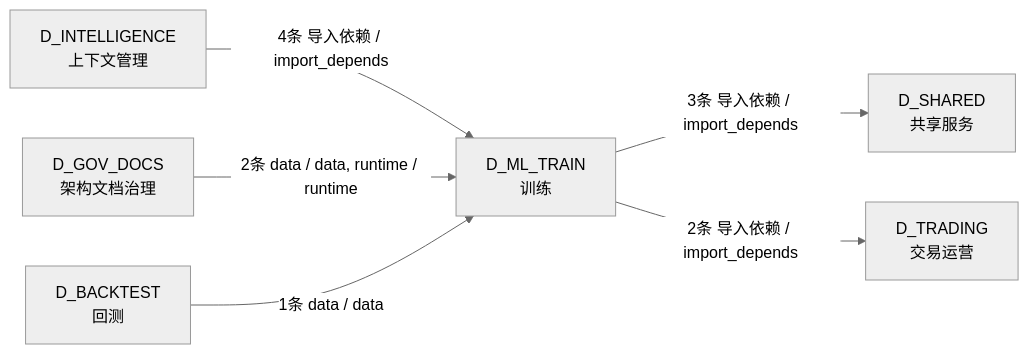
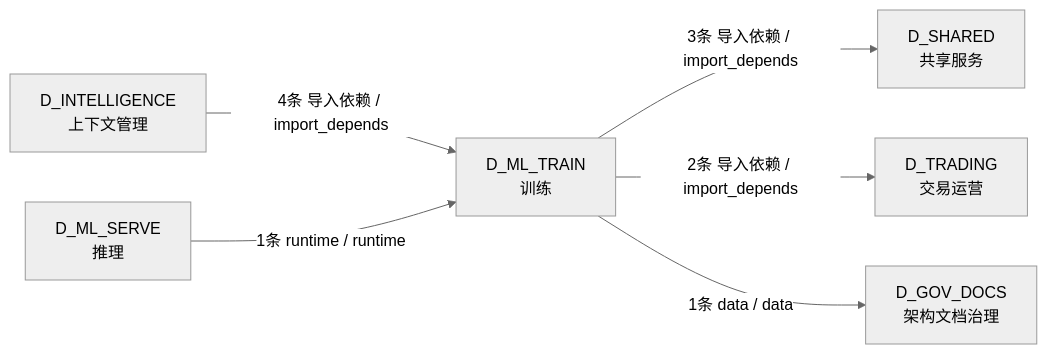
One commit to xuanFelixVan/ZephyrAlpha changed the fourth of 4 diagrams in docs/02_enterprise_architecture/02_domain_architecture_docs/50_d_ml_train.md. Above: the diagram before and after it, drawn with Mermaid (neutral theme). The commit also changed other lines of this file and 101 other files, not shown here.

````diff
--- a/docs/02_enterprise_architecture/02_domain_architecture_docs/50_d_ml_train.md
+++ b/docs/02_enterprise_architecture/02_domain_architecture_docs/50_d_ml_train.md
@@ -194,14 +190,14 @@
 ```mermaid
 graph LR
     D_ML_TRAIN["D_ML_TRAIN<br/>训练"]
     D_SHARED["D_SHARED<br/>共享服务"]
     D_TRADING["D_TRADING<br/>交易运营"]
+    D_GOV_DOCS["D_GOV_DOCS<br/>架构文档治理"]
     D_INTELLIGENCE["D_INTELLIGENCE<br/>上下文管理"]
-    D_GOV_DOCS["D_GOV_DOCS<br/>架构文档治理"]
-    D_BACKTEST["D_BACKTEST<br/>回测"]
+    D_ML_SERVE["D_ML_SERVE<br/>推理"]
     D_ML_TRAIN -->|3条 导入依赖 / import_depends| D_SHARED
     D_ML_TRAIN -->|2条 导入依赖 / import_depends| D_TRADING
+    D_ML_TRAIN -->|1条 data / data| D_GOV_DOCS
     D_INTELLIGENCE -->|4条 导入依赖 / import_depends| D_ML_TRAIN
-    D_GOV_DOCS -->|2条 data / data, runtime / runtime| D_ML_TRAIN
-    D_BACKTEST -->|1条 data / data| D_ML_TRAIN
+    D_ML_SERVE -->|1条 runtime / runtime| D_ML_TRAIN
 ```
````
